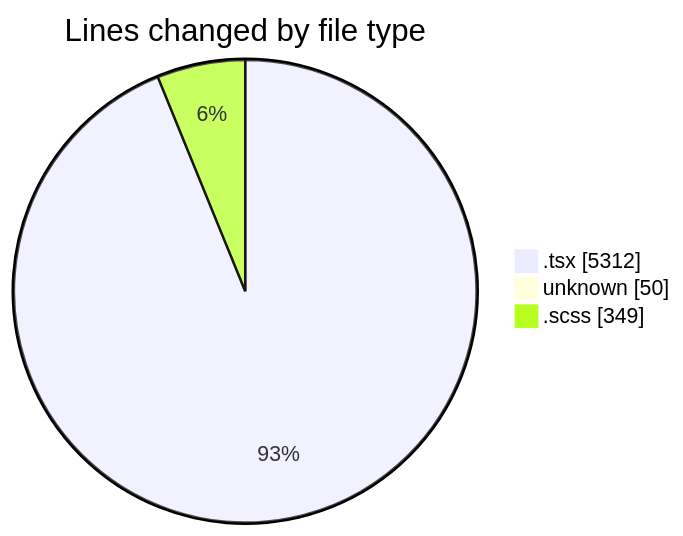
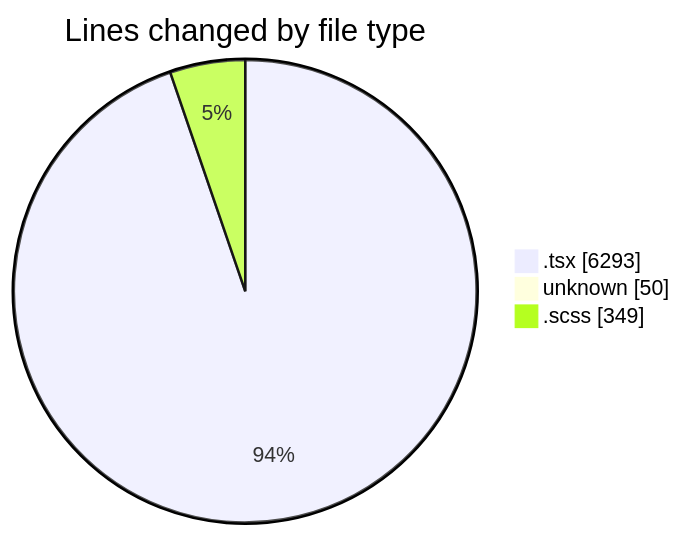
Before and after one commit to momahboobian/code-tracking: the first of 2 diagrams in 2025-12-05/cda/README.md, drawn with Mermaid. The commit also changed other lines of this file and 1 other file, not shown here.

````diff
--- a/2025-12-05/cda/README.md
+++ b/2025-12-05/cda/README.md
@@ -31,7 +32,7 @@
 ```mermaid
 pie showData
 title Lines changed by file type
-".tsx" : 5312
+".tsx" : 6293
 "unknown" : 50
 ".scss" : 349
 ```
````
